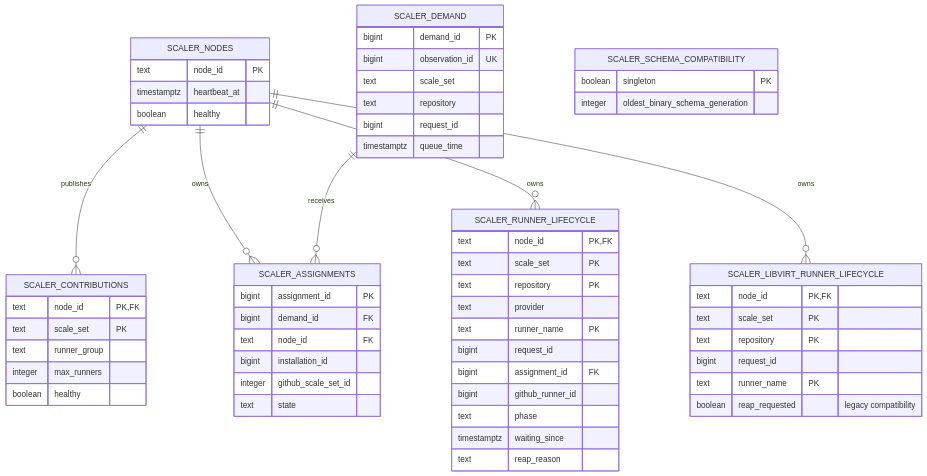
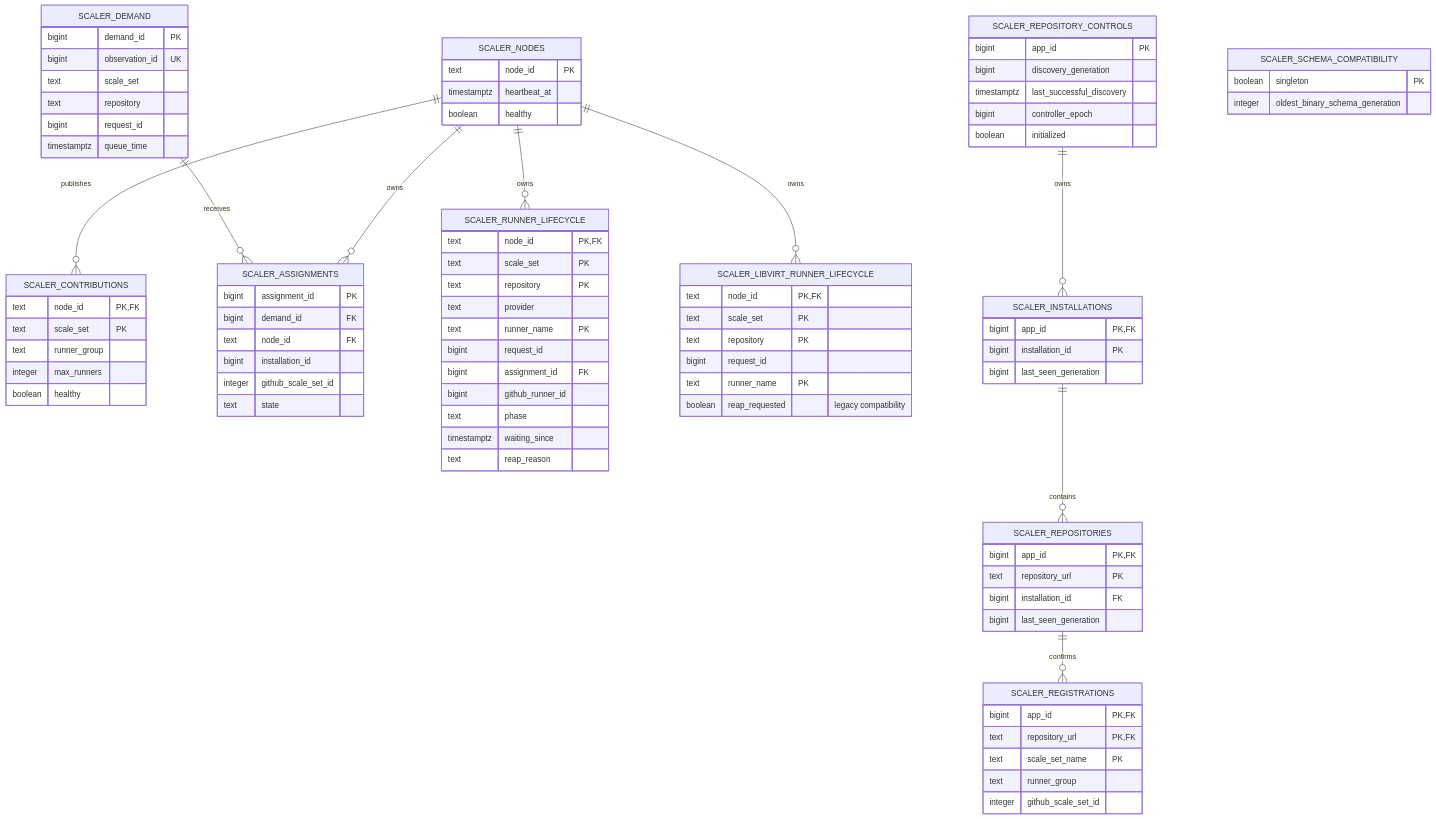
Diagram 11 of 13 in docs/architecture.md (stateshifters/runnerfoundry), drawn with Mermaid before and after one commit. The commit also changed other lines of this file and 60 other files, not shown here.

```diff
--- a/docs/architecture.md
+++ b/docs/architecture.md
@@ -464,10 +481,38 @@
     SCALER_NODES ||--o{ SCALER_RUNNER_LIFECYCLE : owns
     SCALER_NODES ||--o{ SCALER_LIBVIRT_RUNNER_LIFECYCLE : owns
     SCALER_DEMAND ||--o{ SCALER_ASSIGNMENTS : receives
+    SCALER_REPOSITORY_CONTROLS ||--o{ SCALER_INSTALLATIONS : owns
+    SCALER_INSTALLATIONS ||--o{ SCALER_REPOSITORIES : contains
+    SCALER_REPOSITORIES ||--o{ SCALER_REGISTRATIONS : confirms
 
     SCALER_SCHEMA_COMPATIBILITY {
         boolean singleton PK
         integer oldest_binary_schema_generation
+    }
+    SCALER_REPOSITORY_CONTROLS {
+        bigint app_id PK
+        bigint discovery_generation
+        timestamptz last_successful_discovery
+        bigint controller_epoch
+        boolean initialized
+    }
+    SCALER_INSTALLATIONS {
+        bigint app_id PK, FK
+        bigint installation_id PK
+        bigint last_seen_generation
+    }
+    SCALER_REPOSITORIES {
+        bigint app_id PK, FK
+        text repository_url PK
+        bigint installation_id FK
+        bigint last_seen_generation
+    }
+    SCALER_REGISTRATIONS {
+        bigint app_id PK, FK
+        text repository_url PK, FK
+        text scale_set_name PK
+        text runner_group
+        integer github_scale_set_id
     }
     SCALER_NODES {
         text node_id PK
```
